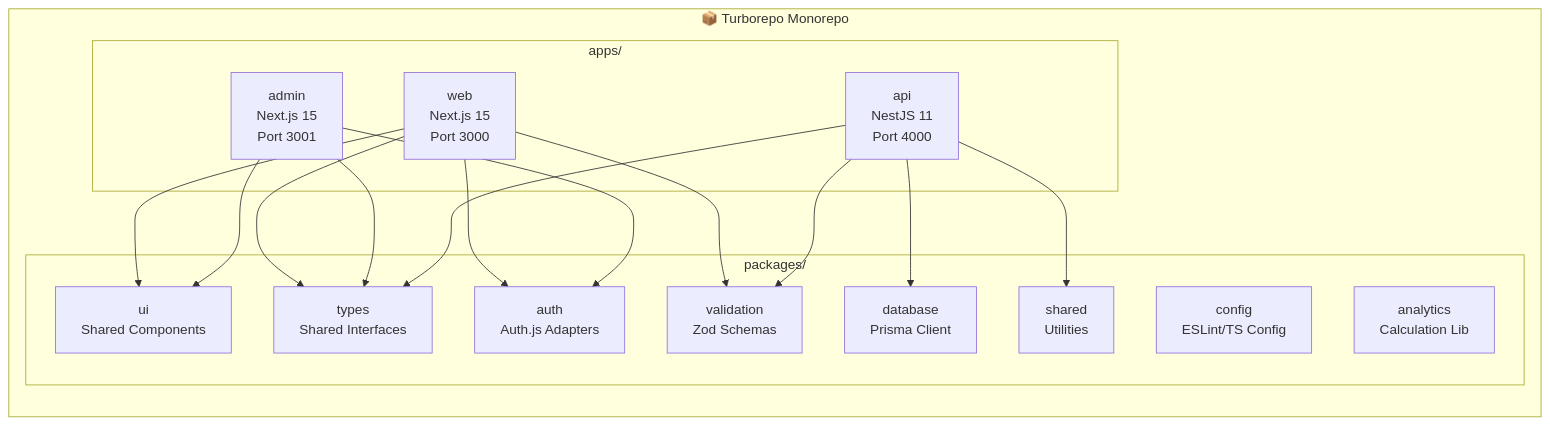
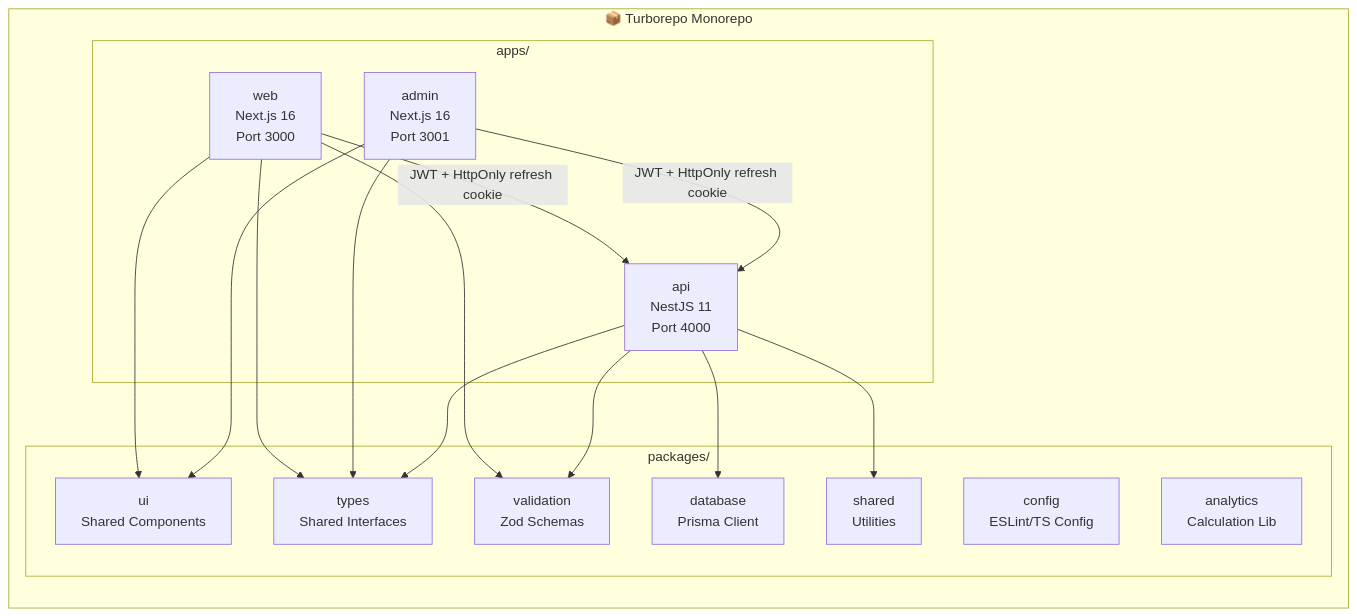
One commit to MasRizqi07/warkop-yareh changed the second of 5 diagrams in docs/architecture/system_architecture.md. Above: the diagram before and after it, drawn with Mermaid. The commit also changed other lines of this file and 70 other files, not shown here.

````diff
--- a/docs/architecture/system_architecture.md
+++ b/docs/architecture/system_architecture.md
@@ -61,32 +63,31 @@
 ```mermaid
 graph LR
     subgraph Monorepo["📦 Turborepo Monorepo"]
         subgraph Apps["apps/"]
-            WEB["web<br/>Next.js 15<br/>Port 3000"]
-            ADMIN["admin<br/>Next.js 15<br/>Port 3001"]
+            WEB["web<br/>Next.js 16<br/>Port 3000"]
+            ADMIN["admin<br/>Next.js 16<br/>Port 3001"]
             API["api<br/>NestJS 11<br/>Port 4000"]
         end
         subgraph Packages["packages/"]
             UI["ui<br/>Shared Components"]
             DB["database<br/>Prisma Client"]
-            AUTH["auth<br/>Auth.js Adapters"]
             TYPES["types<br/>Shared Interfaces"]
             VAL["validation<br/>Zod Schemas"]
             SHARED["shared<br/>Utilities"]
             CONFIG["config<br/>ESLint/TS Config"]
             ANALYTICS["analytics<br/>Calculation Lib"]
         end
     end
 
     WEB --> UI
     WEB --> TYPES
-    WEB --> AUTH
+    WEB -->|"JWT + HttpOnly refresh cookie"| API
     WEB --> VAL
     ADMIN --> UI
     ADMIN --> TYPES
-    ADMIN --> AUTH
+    ADMIN -->|"JWT + HttpOnly refresh cookie"| API
     API --> DB
     API --> TYPES
     API --> VAL
     API --> SHARED
 ```
````
